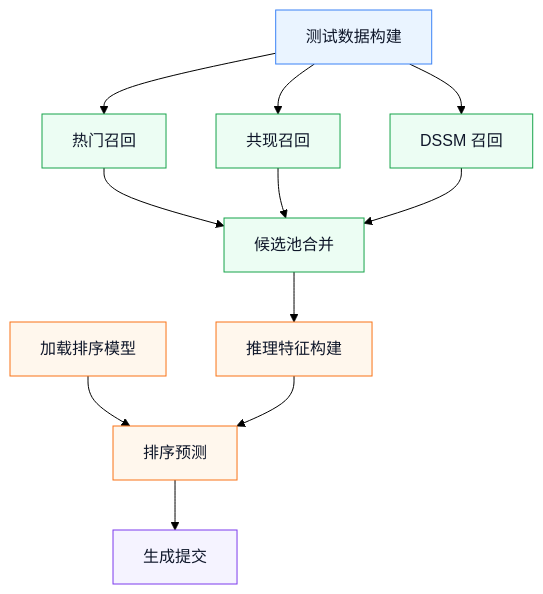
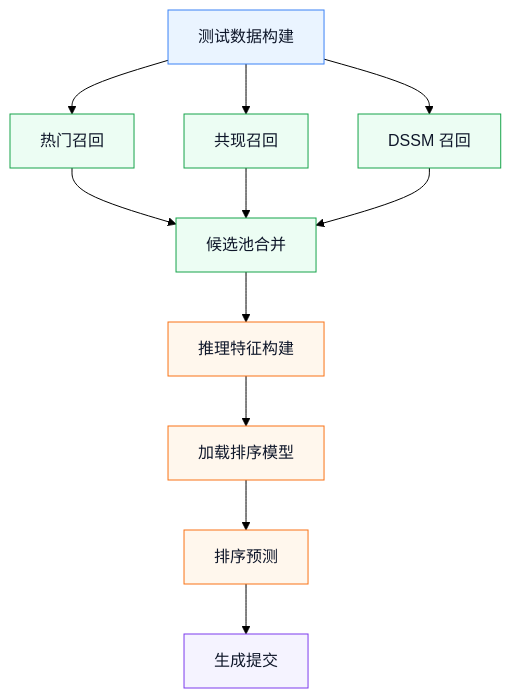
Before and after one commit to wbn11/otto-recommender-system: the second of 2 diagrams in reports/architecture.md, drawn with Mermaid (forest theme). The commit also changed 1 other file, not shown here.

Commit message:
docs: align test workflow diagrams

````diff
--- a/reports/architecture.md
+++ b/reports/architecture.md
@@ -66,23 +66,23 @@
 ```mermaid
 flowchart TD
     A["测试数据构建"] --> B1["热门召回"]
     A --> B2["共现召回"]
     A --> B3["DSSM 召回"]
     B1 --> C["候选池合并"]
     B2 --> C
     B3 --> C
     C --> D["推理特征构建"]
-    E["加载排序模型"] --> F["排序预测"]
-    D --> F
+    D --> E["加载排序模型"]
+    E --> F["排序预测"]
     F --> G["生成提交"]
 
     classDef data fill:#eaf4ff,stroke:#3b82f6,color:#0f172a;
     classDef recall fill:#ecfdf3,stroke:#16a34a,color:#0f172a;
     classDef rank fill:#fff7ed,stroke:#f97316,color:#0f172a;
     classDef output fill:#f5f3ff,stroke:#7c3aed,color:#0f172a;
 
     class A data;
     class B1,B2,B3,C recall;
     class D,E,F rank;
     class G output;
 ```
````
